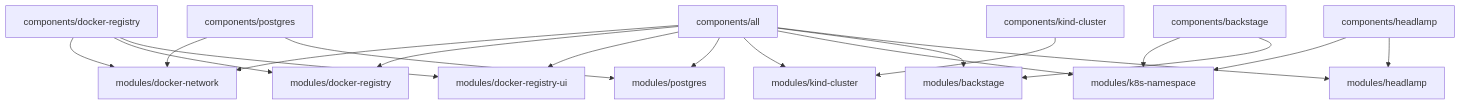
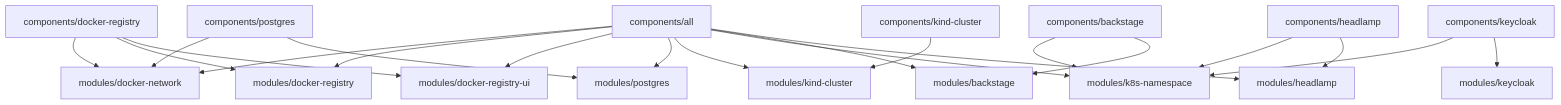
One commit to medimohammadise/elegant-infra-engine changed the second of 3 diagrams in README.md. Above: the diagram before and after it, drawn with Mermaid. The commit also changed other lines of this file and 22 other files, not shown here.

Commit message:
feat: Keycloak component

````diff
--- a/README.md
+++ b/README.md
@@ -50,24 +55,26 @@
 ```mermaid
 flowchart TD
   All["components/all"] --> DockerNetwork["modules/docker-network"]
   All --> Registry["modules/docker-registry"]
   All --> RegistryUI["modules/docker-registry-ui"]
   All --> Postgres["modules/postgres"]
   All --> Kind["modules/kind-cluster"]
   All --> Namespace["modules/k8s-namespace"]
   All --> Backstage["modules/backstage"]
   All --> Headlamp["modules/headlamp"]
 
   RegistryComponent["components/docker-registry"] --> DockerNetwork
   RegistryComponent --> Registry
   RegistryComponent --> RegistryUI
 
   PostgresComponent["components/postgres"] --> DockerNetwork
   PostgresComponent --> Postgres
 
   KindComponent["components/kind-cluster"] --> Kind
   BackstageComponent["components/backstage"] --> Namespace
   BackstageComponent --> Backstage
   HeadlampComponent["components/headlamp"] --> Namespace
   HeadlampComponent --> Headlamp
+  KeycloakComponent["components/keycloak"] --> Namespace
+  KeycloakComponent --> KeycloakModule["modules/keycloak"]
 ```
````
